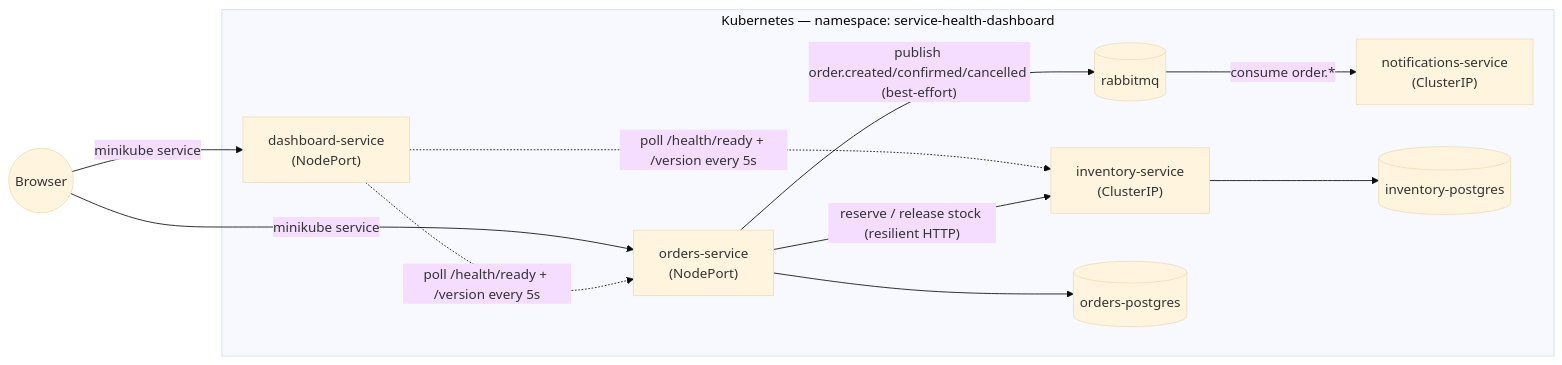
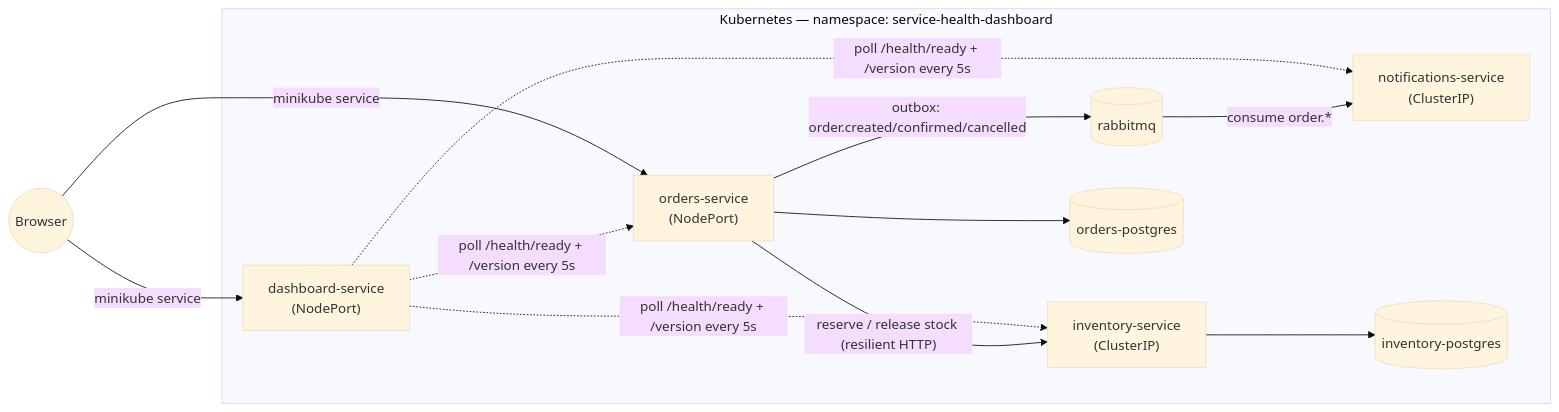
One commit to shineIB/service-health-dashboard changed the diagram in README.md. Above: the diagram before and after it, drawn with Mermaid (base theme). The commit also changed other lines of this file and 4 other files, not shown here.

````diff
--- a/README.md
+++ b/README.md
@@ -9,24 +11,25 @@
 ```mermaid
 graph LR
     User(("Browser"))
 
     subgraph K8s["Kubernetes — namespace: service-health-dashboard"]
         Dashboard["dashboard-service<br/>(NodePort)"]
         Orders["orders-service<br/>(NodePort)"]
         Inventory["inventory-service<br/>(ClusterIP)"]
         Notifications["notifications-service<br/>(ClusterIP)"]
         RabbitMQ[("rabbitmq")]
         OrdersDB[("orders-postgres")]
         InventoryDB[("inventory-postgres")]
     end
 
     User -- "minikube service" --> Orders
     User -- "minikube service" --> Dashboard
     Dashboard -. "poll /health/ready + /version every 5s" .-> Orders
     Dashboard -. "poll /health/ready + /version every 5s" .-> Inventory
+    Dashboard -. "poll /health/ready + /version every 5s" .-> Notifications
     Orders -- "reserve / release stock (resilient HTTP)" --> Inventory
-    Orders -- "publish order.created/confirmed/cancelled (best-effort)" --> RabbitMQ
+    Orders -- "outbox: order.created/confirmed/cancelled" --> RabbitMQ
     RabbitMQ -- "consume order.*" --> Notifications
     Orders --> OrdersDB
     Inventory --> InventoryDB
 ```
````
